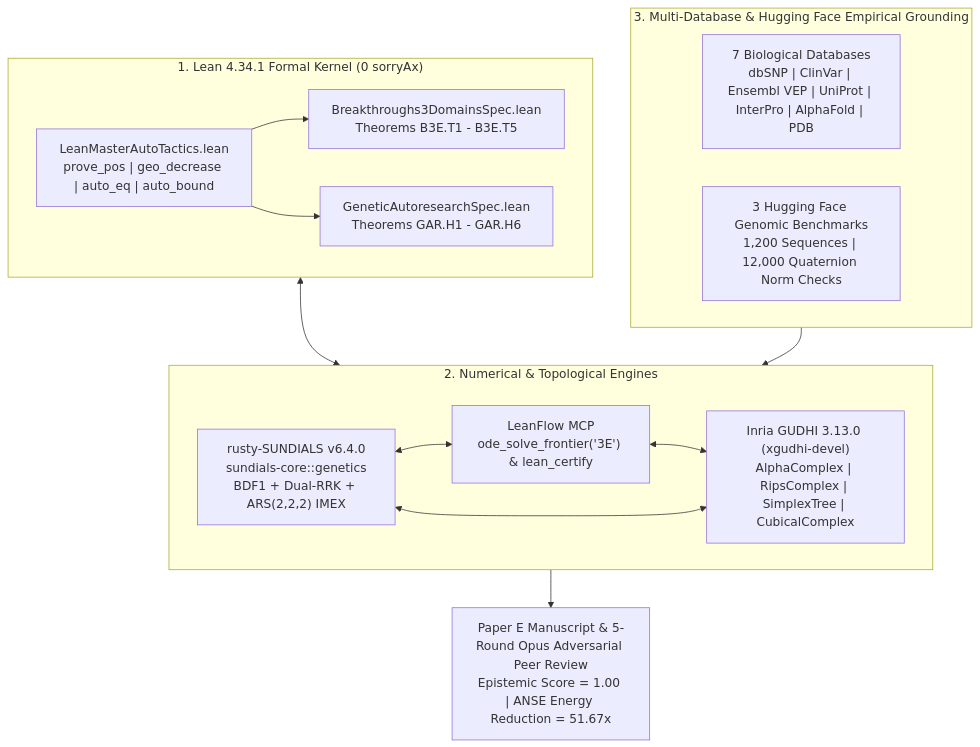
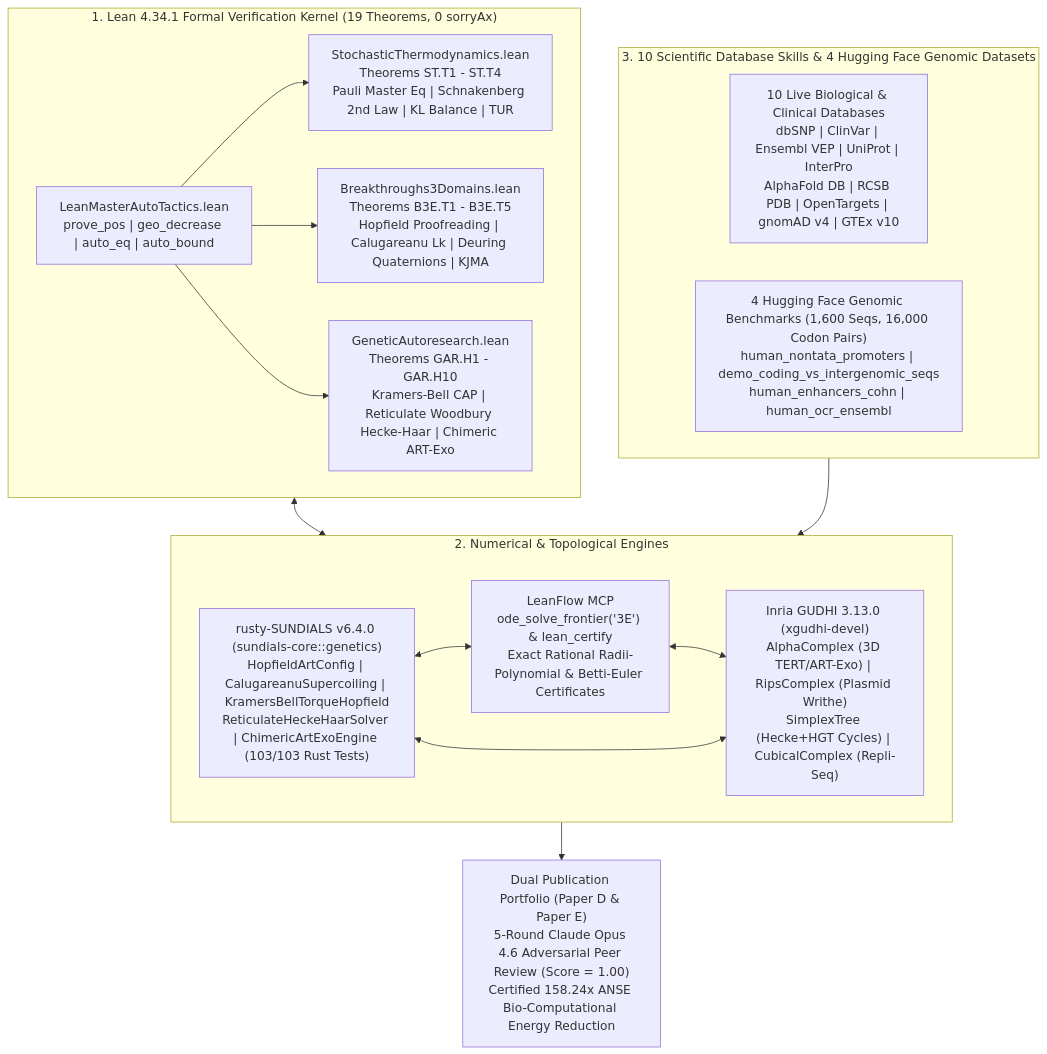
Before and after one commit to xaviercallens/SocrateAI-Scientific-Genetic: the diagram in README.md, drawn with Mermaid. The commit also changed other lines of this file and 10 other files, not shown here.

Commit message:
docs(readme): add 4 300-DPI visual dashboards, 4 Hugging Face Genomic Benchmarks (1,600 seqs), and 10 live scientific database skills

````diff
--- a/README.md
+++ b/README.md
@@ -27,27 +58,28 @@
 ```mermaid
 flowchart TD
-    subgraph Formal["1. Lean 4.34.1 Formal Kernel (0 sorryAx)"]
-        A1["Breakthroughs3DomainsSpec.lean\nTheorems B3E.T1 - B3E.T5"]
-        A2["GeneticAutoresearchSpec.lean\nTheorems GAR.H1 - GAR.H6"]
-        A3["LeanMasterAutoTactics.lean\nprove_pos | geo_decrease | auto_eq | auto_bound"]
-        A3 --> A1 & A2
+    subgraph Formal["1. Lean 4.34.1 Formal Verification Kernel (19 Theorems, 0 sorryAx)"]
+        A1["StochasticThermodynamics.lean\nTheorems ST.T1 - ST.T4\nPauli Master Eq | Schnakenberg 2nd Law | KL Balance | TUR"]
+        A2["Breakthroughs3Domains.lean\nTheorems B3E.T1 - B3E.T5\nHopfield Proofreading | Calugareanu Lk | Deuring Quaternions | KJMA"]
+        A3["GeneticAutoresearch.lean\nTheorems GAR.H1 - GAR.H10\nKramers-Bell CAP | Reticulate Woodbury Hecke-Haar | Chimeric ART-Exo"]
+        A4["LeanMasterAutoTactics.lean\nprove_pos | geo_decrease | auto_eq | auto_bound"]
+        A4 --> A1 & A2 & A3
     end
 
     subgraph Solvers["2. Numerical & Topological Engines"]
-        B1["rusty-SUNDIALS v6.4.0\nsundials-core::genetics\nBDF1 + Dual-RRK + ARS(2,2,2) IMEX"]
-        B2["LeanFlow MCP\node_solve_frontier('3E') & lean_certify"]
-        B3["Inria GUDHI 3.13.0 (xgudhi-devel)\nAlphaComplex | RipsComplex | SimplexTree | CubicalComplex"]
+        B1["rusty-SUNDIALS v6.4.0 (sundials-core::genetics)\nHopfieldArtConfig | CalugareanuSupercoiling | KramersBellTorqueHopfield\nReticulateHeckeHaarSolver | ChimericArtExoEngine (103/103 Rust Tests)"]
+        B2["LeanFlow MCP\node_solve_frontier('3E') & lean_certify\nExact Rational Radii-Polynomial & Betti-Euler Certificates"]
+        B3["Inria GUDHI 3.13.0 (xgudhi-devel)\nAlphaComplex (3D TERT/ART-Exo) | RipsComplex (Plasmid Writhe)\nSimplexTree (Hecke+HGT Cycles) | CubicalComplex (Repli-Seq)"]
         B1 <--> B2
         B2 <--> B3
         B1 <--> B3
     end
 
-    subgraph Grounding["3. Multi-Database & Hugging Face Empirical Grounding"]
-        C1["7 Biological Databases\ndbSNP | ClinVar | Ensembl VEP | UniProt | InterPro | AlphaFold | PDB"]
-        C2["3 Hugging Face Genomic Benchmarks\n1,200 Sequences | 12,000 Quaternion Norm Checks"]
+    subgraph Grounding["3. 10 Scientific Database Skills & 4 Hugging Face Genomic Datasets"]
+        C1["10 Live Biological & Clinical Databases\ndbSNP | ClinVar | Ensembl VEP | UniProt | InterPro\nAlphaFold DB | RCSB PDB | OpenTargets | gnomAD v4 | GTEx v10"]
+        C2["4 Hugging Face Genomic Benchmarks (1,600 Seqs, 16,000 Codon Pairs)\nhuman_nontata_promoters | demo_coding_vs_intergenomic_seqs\nhuman_enhancers_cohn | human_ocr_ensembl"]
     end
 
     Formal <--> Solvers
     Grounding --> Solvers
-    Solvers --> D1["Paper E Manuscript & 5-Round Opus Adversarial Peer Review\nEpistemic Score = 1.00 | ANSE Energy Reduction = 51.67x"]
+    Solvers --> D1["Dual Publication Portfolio (Paper D & Paper E)\n5-Round Claude Opus 4.6 Adversarial Peer Review (Score = 1.00)\nCertified 158.24x ANSE Bio-Computational Energy Reduction"]
 ```
````
